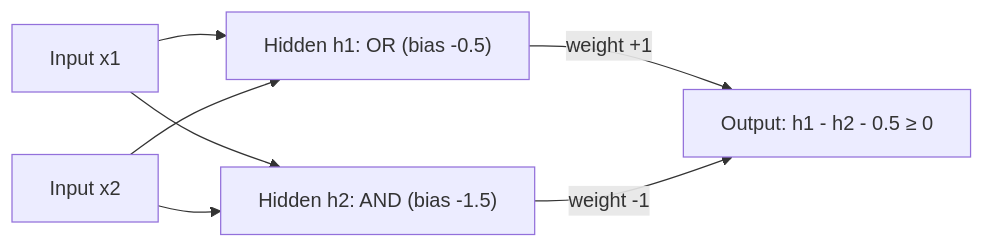
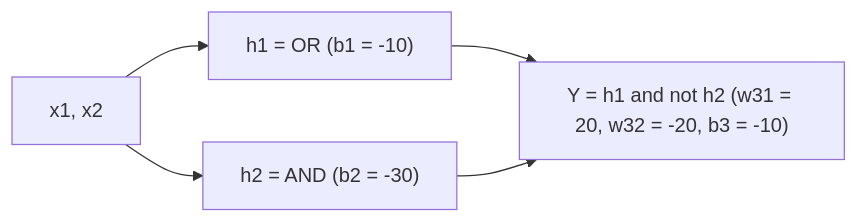
One commit to TrendySloth1001/sem-seven-notes changed the fourth of 5 diagrams in content/deep-learning/notes/perceptron-mlp.hi.mdx. Above: the diagram before and after it, drawn with Mermaid. The commit also changed other lines of this file and 168 other files, not shown here.

````diff
--- a/content/deep-learning/notes/perceptron-mlp.hi.mdx
+++ b/content/deep-learning/notes/perceptron-mlp.hi.mdx
@@ -273,10 +240,8 @@
 ```mermaid
-%% caption: Ek hidden layer ke saath XOR. Do hidden perceptrons OR aur AND compute karte hain; output tabhi fire hota hai jab OR on aur AND off ho.
+%% caption: Do hidden neurons XOR ko simple rule bana dete hain. Hidden neuron 1 OR ke liye fire hota hai, hidden neuron 2 AND ke liye, aur output kehta hai OR but not AND.
 flowchart LR
-  X1["Input x1"] --> H1["Hidden h1: OR (bias -0.5)"]
-  X2["Input x2"] --> H1
-  X1 --> H2["Hidden h2: AND (bias -1.5)"]
-  X2 --> H2
-  H1 -- "weight +1" --> Y["Output: h1 - h2 - 0.5 ≥ 0"]
-  H2 -- "weight -1" --> Y
+  A["x1, x2"] --> B["h1 = OR (b1 = -10)"]
+  A --> C["h2 = AND (b2 = -30)"]
+  B --> D["Y = h1 and not h2 (w31 = 20, w32 = -20, b3 = -10)"]
+  C --> D
 ```
````
